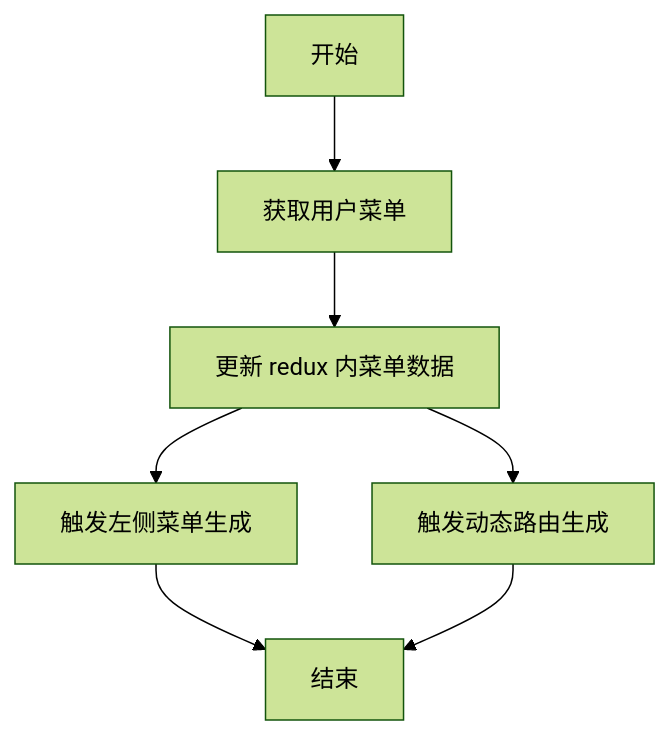
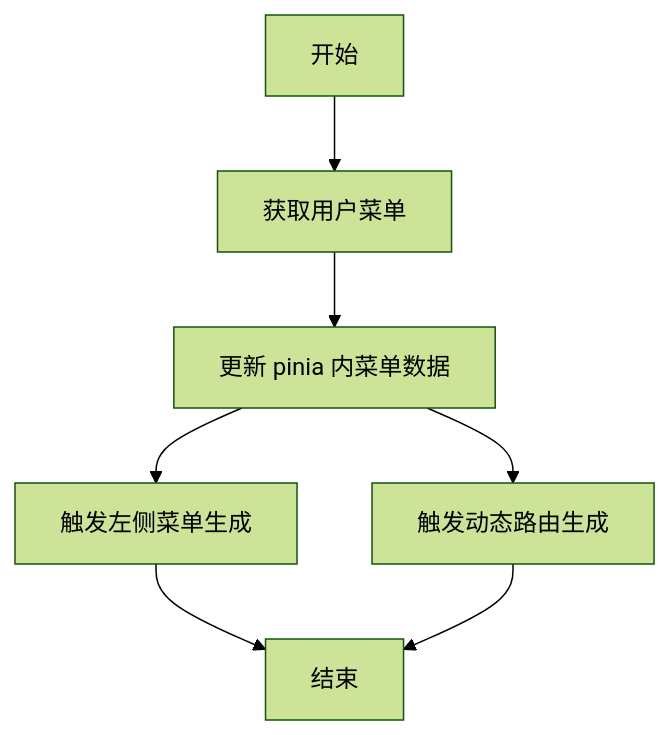
One commit to lb1129/l-admin-vue changed the third of 4 diagrams in PermissionFlow.md. Above: the diagram before and after it, drawn with Mermaid (forest theme). The commit also changed other lines of this file, not shown here.

````diff
--- a/PermissionFlow.md
+++ b/PermissionFlow.md
@@ -26,7 +26,7 @@
 ```mermaid
 graph TD;
     A[开始]-->B[获取用户菜单]
-    B-->C[更新 redux 内菜单数据]
+    B-->C[更新 pinia 内菜单数据]
     C-->D[触发左侧菜单生成]-->F[结束]
     C-->E[触发动态路由生成]-->F
 ```
````
